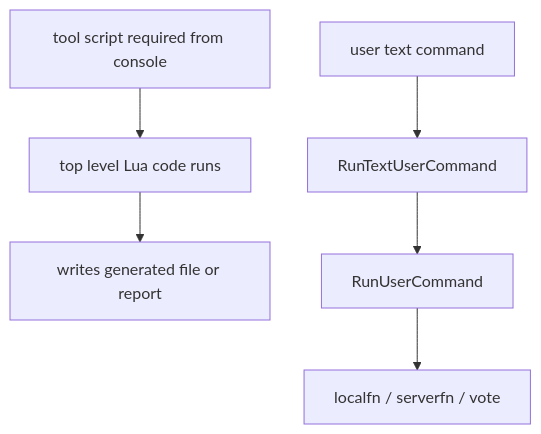
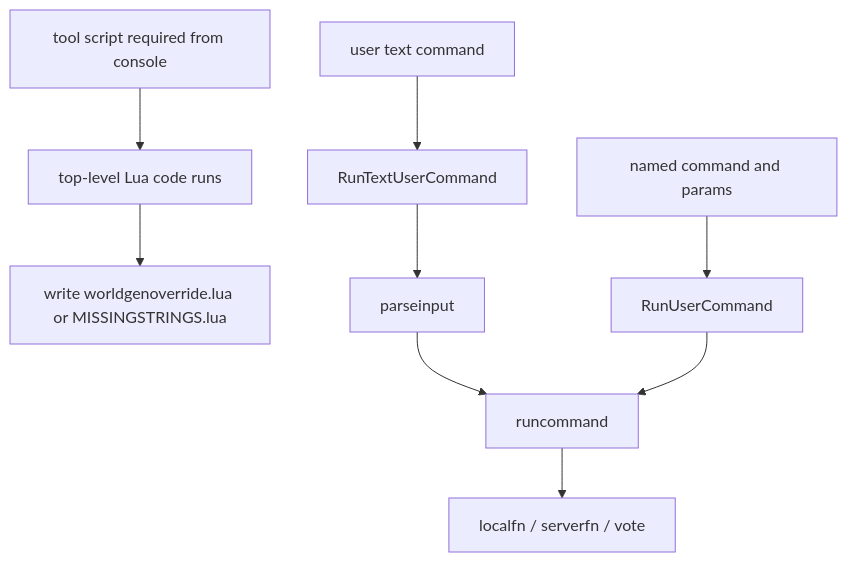
The diagram in dst-scripts/index/0x2000-runtime/0x2300-tooling/0x2302-platform-tools.md (LetsStarveTogether/dst-server), drawn with Mermaid before and after one commit. The commit also changed other lines of this file and 83 other files, not shown here.

```diff
--- a/dst-scripts/index/0x2000-runtime/0x2300-tooling/0x2302-platform-tools.md
+++ b/dst-scripts/index/0x2000-runtime/0x2300-tooling/0x2302-platform-tools.md
@@ -58,10 +58,13 @@
 ~~~mermaid
 flowchart TD
     A["tool script required from console"]
-    A --> B["top level Lua code runs"]
-    B --> C["writes generated file or report"]
+    A --> B["top-level Lua code runs"]
+    B --> C["write worldgenoverride.lua or MISSINGSTRINGS.lua"]
     D["user text command"]
     D --> E["RunTextUserCommand"]
-    E --> F["RunUserCommand"]
-    F --> G["localfn / serverfn / vote"]
+    E --> F["parseinput"]
+    F --> G["runcommand"]
+    H["named command and params"] --> I["RunUserCommand"]
+    I --> G
+    G --> J["localfn / serverfn / vote"]
 ~~~
```
